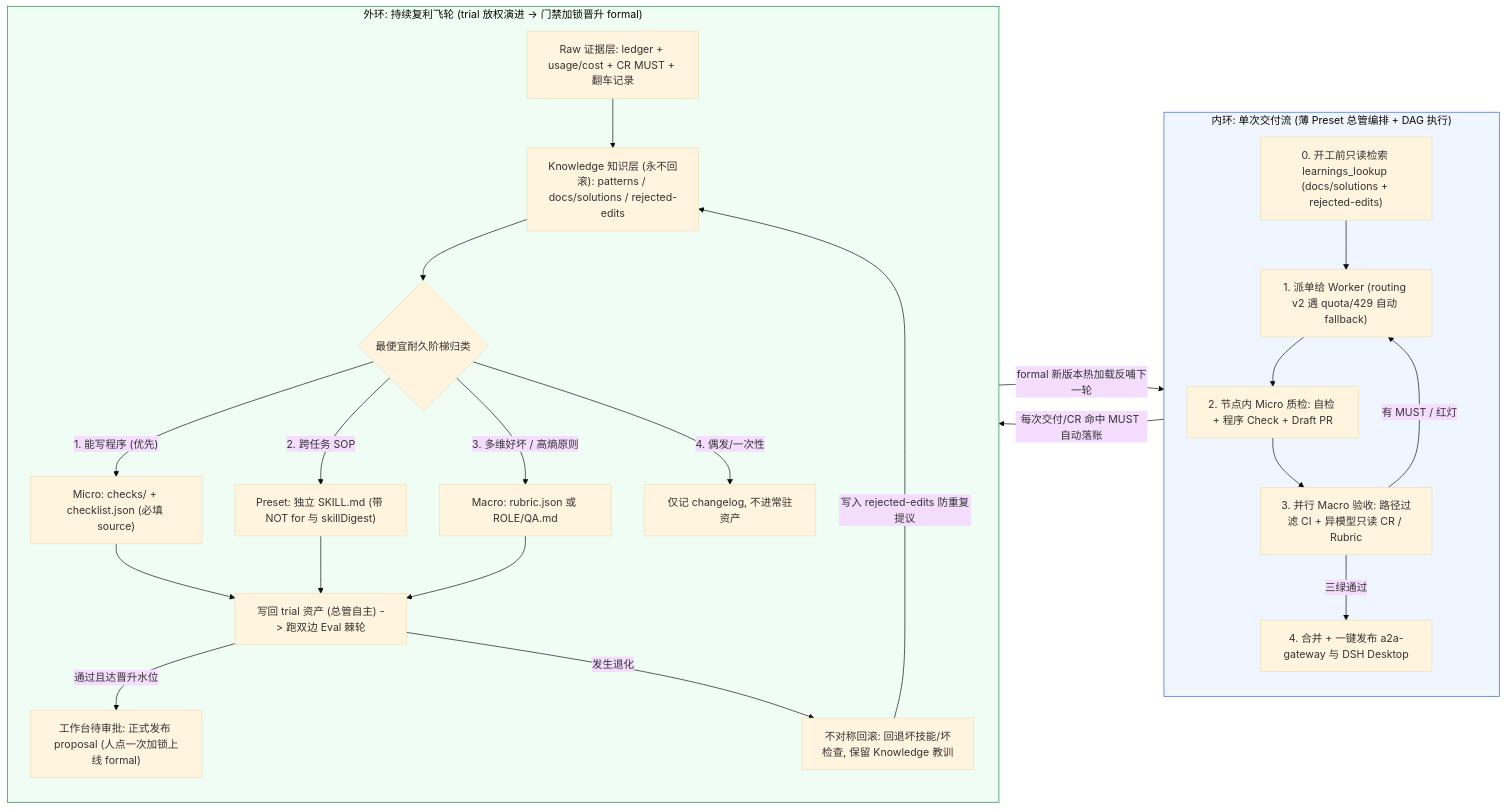
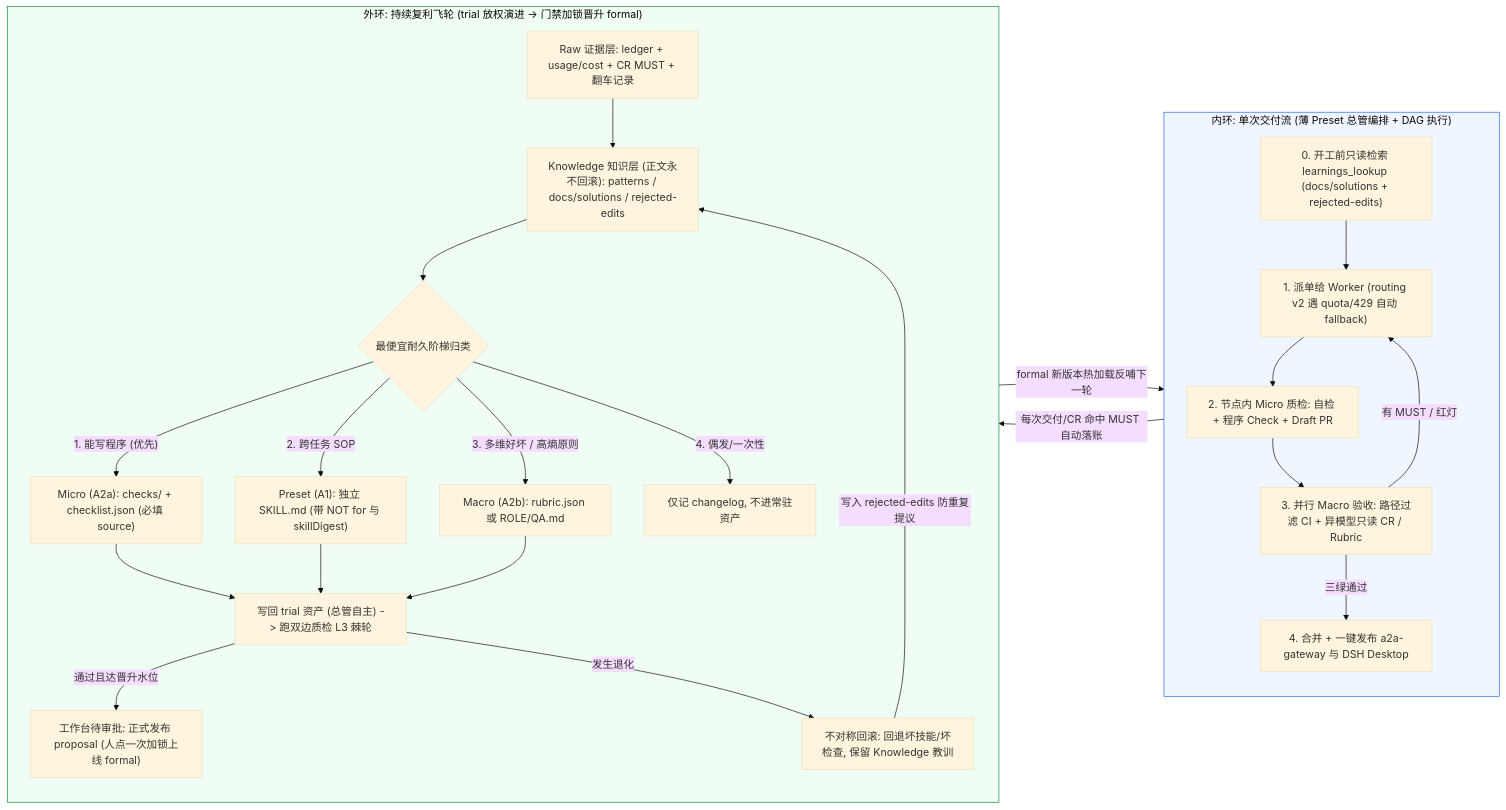
The fourth of 6 diagrams in docs/compound-agent-business-flow-and-gap-map-20261127.md (scottzx/agent-workflow), drawn with Mermaid (base theme) before and after one commit. The commit also changed other lines of this file and 3 other files, not shown here.

````diff
--- a/docs/compound-agent-business-flow-and-gap-map-20261127.md
+++ b/docs/compound-agent-business-flow-and-gap-map-20261127.md
@@ -127,34 +128,34 @@
 ```mermaid
 flowchart LR
     subgraph Inner["内环: 单次交付流 (薄 Preset 总管编排 + DAG 执行)"]
         direction TB
         S0["0. 开工前只读检索 learnings_lookup (docs/solutions + rejected-edits)"] --> S1["1. 派单给 Worker (routing v2 遇 quota/429 自动 fallback)"]
         S1 --> S2["2. 节点内 Micro 质检: 自检 + 程序 Check + Draft PR"]
         S2 --> S3["3. 并行 Macro 验收: 路径过滤 CI + 异模型只读 CR / Rubric"]
         S3 -- "有 MUST / 红灯" --> S1
         S3 -- "三绿通过" --> S4["4. 合并 + 一键发布 a2a-gateway 与 DSH Desktop"]
     end
 
     subgraph Outer["外环: 持续复利飞轮 (trial 放权演进 -> 门禁加锁晋升 formal)"]
         direction TB
-        O1["Raw 证据层: ledger + usage/cost + CR MUST + 翻车记录"] --> O2["Knowledge 知识层 (永不回滚): patterns / docs/solutions / rejected-edits"]
+        O1["Raw 证据层: ledger + usage/cost + CR MUST + 翻车记录"] --> O2["Knowledge 知识层 (正文永不回滚): patterns / docs/solutions / rejected-edits"]
         O2 --> O3{"最便宜耐久阶梯归类"}
-        O3 -- "1. 能写程序 (优先)" --> A1["Micro: checks/ + checklist.json (必填 source)"]
-        O3 -- "2. 跨任务 SOP" --> A2["Preset: 独立 SKILL.md (带 NOT for 与 skillDigest)"]
-        O3 -- "3. 多维好坏 / 高熵原则" --> A3["Macro: rubric.json 或 ROLE/QA.md"]
-        O3 -- "4. 偶发/一次性" --> A4["仅记 changelog, 不进常驻资产"]
+        O3 -- "1. 能写程序 (优先)" --> Act1["Micro (A2a): checks/ + checklist.json (必填 source)"]
+        O3 -- "2. 跨任务 SOP" --> Act2["Preset (A1): 独立 SKILL.md (带 NOT for 与 skillDigest)"]
+        O3 -- "3. 多维好坏 / 高熵原则" --> Act3["Macro (A2b): rubric.json 或 ROLE/QA.md"]
+        O3 -- "4. 偶发/一次性" --> Act4["仅记 changelog, 不进常驻资产"]
 
-        A1 --> EV["写回 trial 资产 (总管自主) -> 跑双边 Eval 棘轮"]
-        A2 --> EV
-        A3 --> EV
+        Act1 --> EV["写回 trial 资产 (总管自主) -> 跑双边质检 L3 棘轮"]
+        Act2 --> EV
+        Act3 --> EV
         EV -- "通过且达晋升水位" --> P["工作台待审批: 正式发布 proposal (人点一次加锁上线 formal)"]
         EV -- "发生退化" --> RB["不对称回滚: 回退坏技能/坏检查, 保留 Knowledge 教训"]
     end
 
     S4 -- "每次交付/CR 命中 MUST 自动落账" --> O1
     P -- "formal 新版本热加载反哺下一轮" --> S0
     RB -- "写入 rejected-edits 防重复提议" --> O2
 
     style Inner fill:#f0f6ff,stroke:#2563eb
     style Outer fill:#f0fdf4,stroke:#15803d
 ```
````
